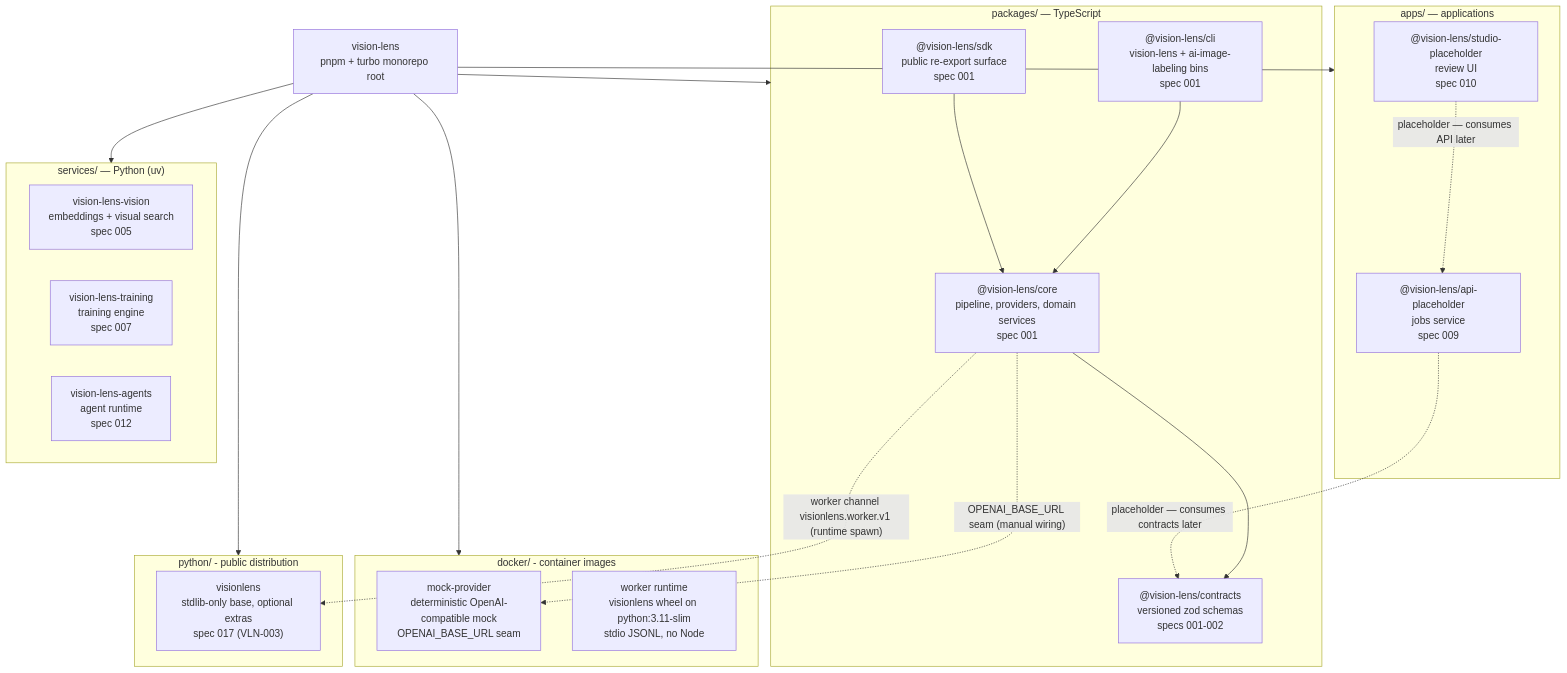
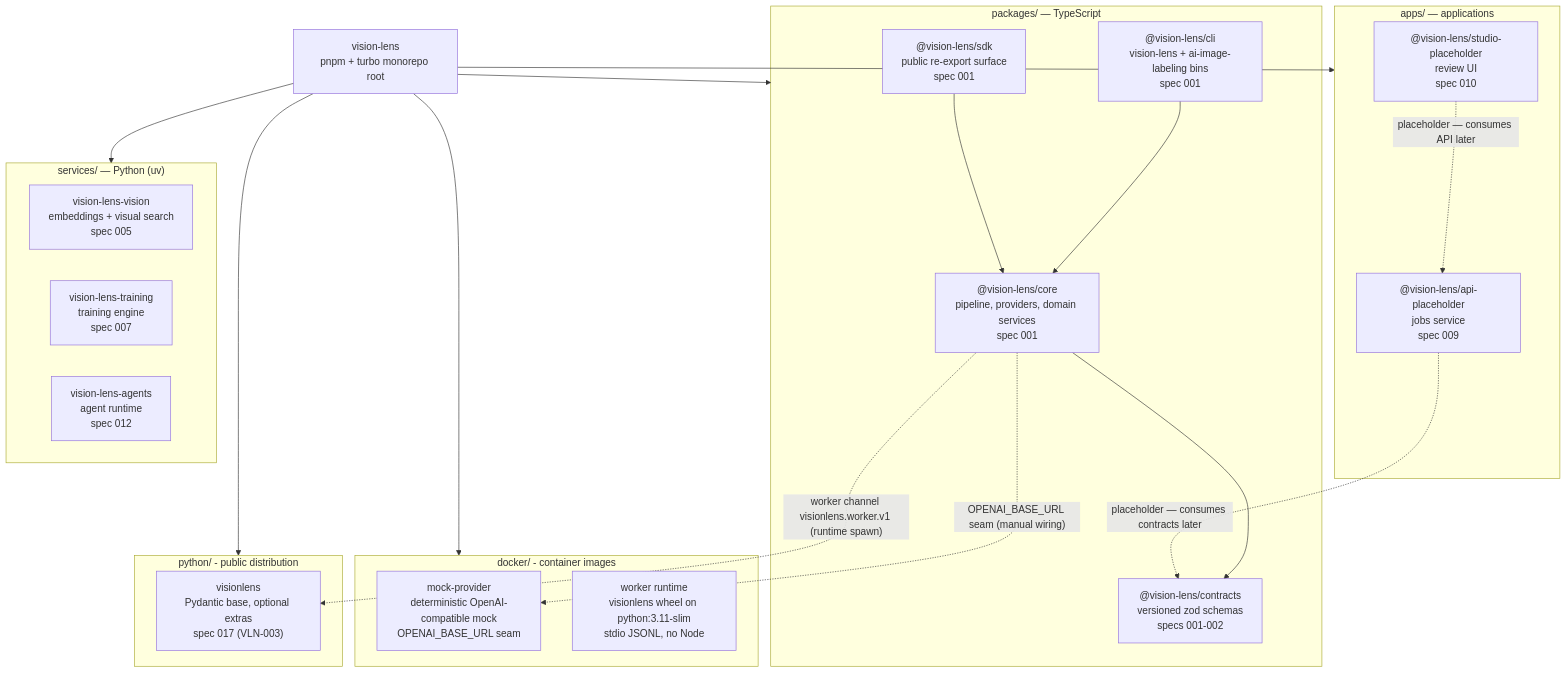
Before and after one commit to erikunha/LAIbemage: the diagram in docs/architecture/monorepo-map.md, drawn with Mermaid. The commit also changed other lines of this file and 3 other files, not shown here.

````diff
--- a/docs/architecture/monorepo-map.md
+++ b/docs/architecture/monorepo-map.md
@@ -29,45 +29,45 @@
 ```mermaid
 flowchart TD
     ROOT["vision-lens<br/>pnpm + turbo monorepo root"]
 
     subgraph PKGS["packages/ — TypeScript"]
         CORE["@vision-lens/core<br/>pipeline, providers, domain services<br/>spec 001"]
         CLI["@vision-lens/cli<br/>vision-lens + ai-image-labeling bins<br/>spec 001"]
         SDK["@vision-lens/sdk<br/>public re-export surface<br/>spec 001"]
         CONTRACTS["@vision-lens/contracts<br/>versioned zod schemas<br/>specs 001-002"]
     end
 
     subgraph APPS["apps/ — applications"]
         API["@vision-lens/api-placeholder<br/>jobs service<br/>spec 009"]
         STUDIO["@vision-lens/studio-placeholder<br/>review UI<br/>spec 010"]
     end
 
     subgraph SVCS["services/ — Python (uv)"]
         VISION["vision-lens-vision<br/>embeddings + visual search<br/>spec 005"]
         TRAINING["vision-lens-training<br/>training engine<br/>spec 007"]
         AGENTS["vision-lens-agents<br/>agent runtime<br/>spec 012"]
     end
 
     subgraph PYPKG["python/ - public distribution"]
-        VISIONLENS["visionlens<br/>stdlib-only base, optional extras<br/>spec 017 (VLN-003)"]
+        VISIONLENS["visionlens<br/>Pydantic base, optional extras<br/>spec 017 (VLN-003)"]
     end
 
     subgraph DOCKERDIR["docker/ - container images"]
         MOCK["mock-provider<br/>deterministic OpenAI-compatible mock<br/>OPENAI_BASE_URL seam"]
         RUNTIME["worker runtime<br/>visionlens wheel on python:3.11-slim<br/>stdio JSONL, no Node"]
     end
 
     ROOT --> PKGS
     ROOT --> APPS
     ROOT --> SVCS
     ROOT --> PYPKG
     ROOT --> DOCKERDIR
 
     CORE --> CONTRACTS
     CLI --> CORE
     SDK --> CORE
     API -.->|"placeholder — consumes contracts later"| CONTRACTS
     STUDIO -.->|"placeholder — consumes API later"| API
     CORE -.->|"worker channel visionlens.worker.v1 (runtime spawn)"| VISIONLENS
     CORE -.->|"OPENAI_BASE_URL seam (manual wiring)"| MOCK
 ```
````
